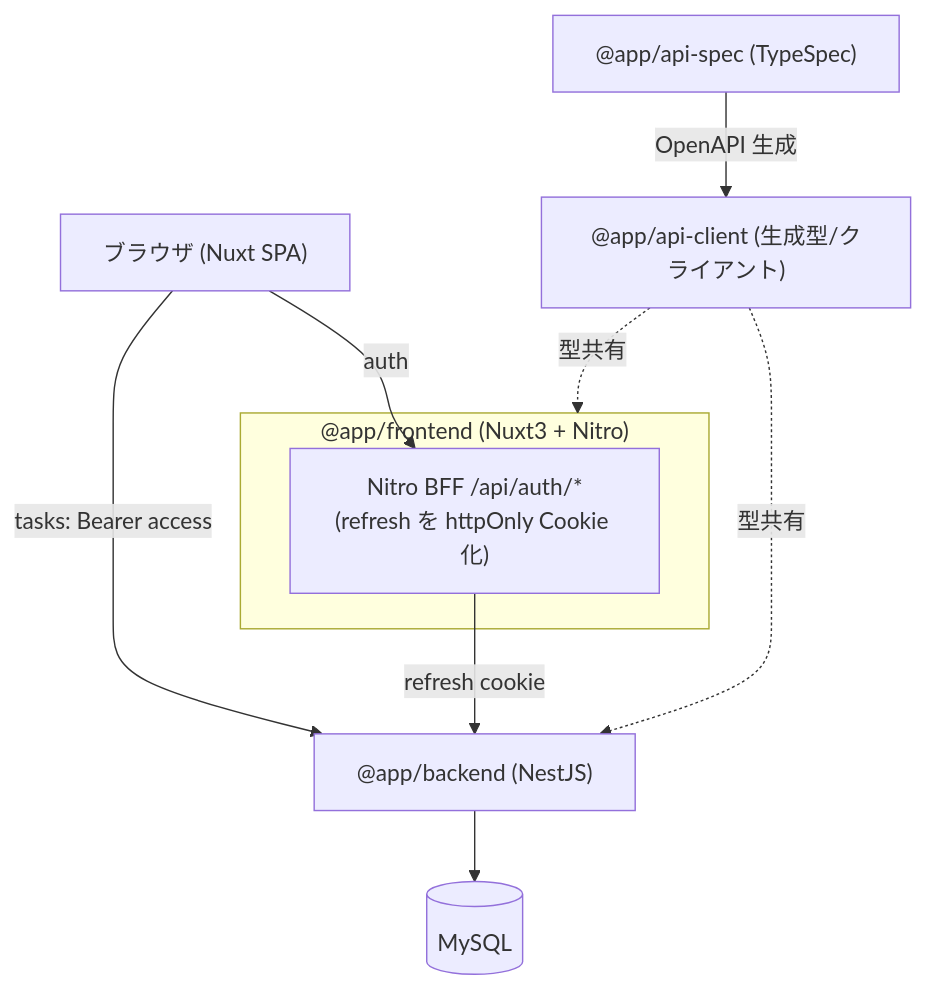
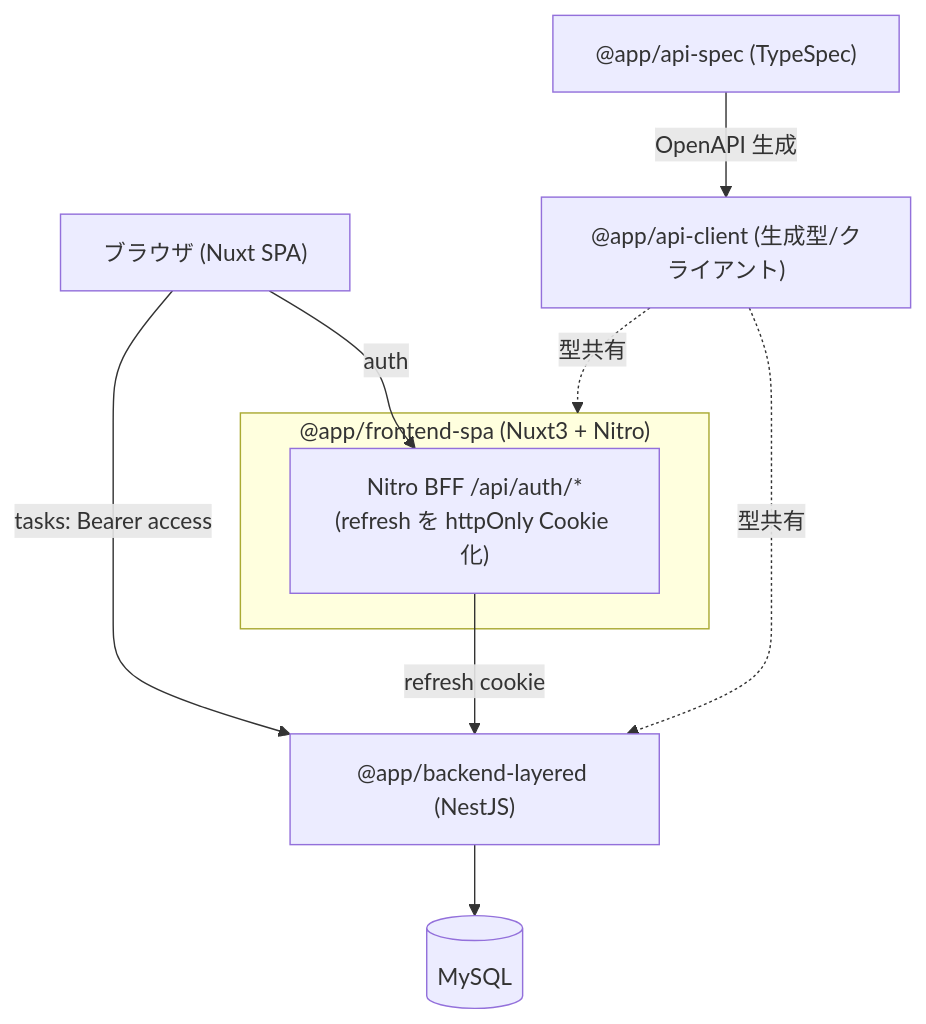
One commit to kojikawazu/nuxtjs-nestjs-arch-practice changed the diagram in docs/09-architecture-specification.md. Above: the diagram before and after it, drawn with Mermaid. The commit also changed other lines of this file and 121 other files, not shown here.

First line of the commit message:
refactor: apps を backend-layered / frontend-spa にリネーム

````diff
--- a/docs/09-architecture-specification.md
+++ b/docs/09-architecture-specification.md
@@ -17,19 +17,19 @@
 ```mermaid
 graph TD
   Browser["ブラウザ (Nuxt SPA)"]
-  subgraph Frontend["@app/frontend (Nuxt3 + Nitro)"]
+  subgraph Frontend["@app/frontend-spa (Nuxt3 + Nitro)"]
     BFF["Nitro BFF /api/auth/*<br/>(refresh を httpOnly Cookie 化)"]
   end
-  Backend["@app/backend (NestJS)"]
+  Backend["@app/backend-layered (NestJS)"]
   DB[("MySQL")]
   Spec["@app/api-spec (TypeSpec)"]
   Client["@app/api-client (生成型/クライアント)"]
 
   Browser -->|"tasks: Bearer access"| Backend
   Browser -->|"auth"| BFF
   BFF -->|"refresh cookie"| Backend
   Backend --> DB
   Spec -->|"OpenAPI 生成"| Client
   Client -.->|"型共有"| Frontend
   Client -.->|"型共有"| Backend
 ```
````
